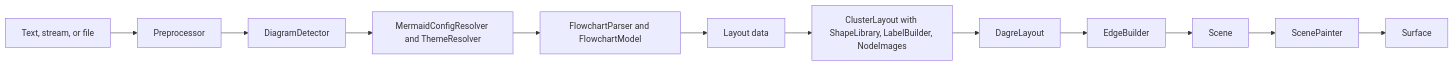
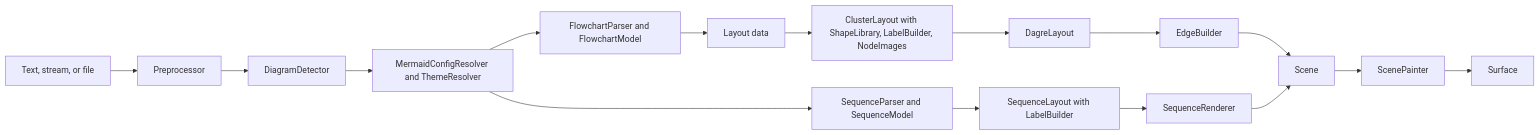
The diagram in docs/design/canvas-net-mermaid.md (demaconsulting/CanvasNet), drawn with Mermaid before and after one commit. The commit also changed other lines of this file and 217 other files, not shown here.

First line of the commit message:
Mermaid Phase 1b: native sequence diagrams (mermaid sequence layout), Viewer, CLI and Pandoc support (#124)

````diff
--- a/docs/design/canvas-net-mermaid.md
+++ b/docs/design/canvas-net-mermaid.md
@@ -152,14 +163,18 @@
 ```mermaid
 flowchart LR
     T[Text, stream, or file] --> P[Preprocessor]
     P --> D[DiagramDetector]
     D --> C[MermaidConfigResolver and ThemeResolver]
     C --> F[FlowchartParser and FlowchartModel]
     F --> L[Layout data]
     L --> R[ClusterLayout with ShapeLibrary, LabelBuilder, NodeImages]
     R --> G[DagreLayout]
     G --> E[EdgeBuilder]
     E --> S[Scene]
+    C --> Q[SequenceParser and SequenceModel]
+    Q --> Y[SequenceLayout with LabelBuilder]
+    Y --> W[SequenceRenderer]
+    W --> S
     S --> X[ScenePainter]
     X --> O[Surface]
 ```
````
